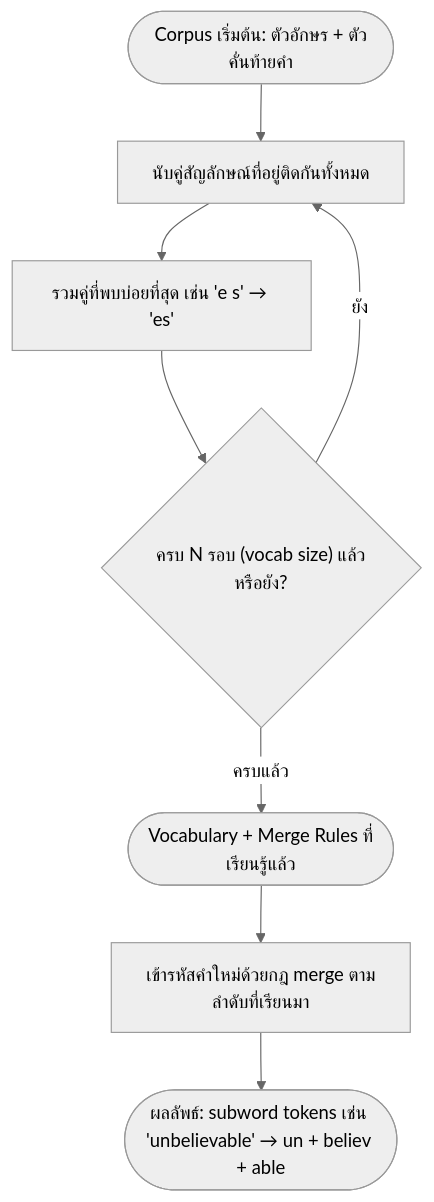
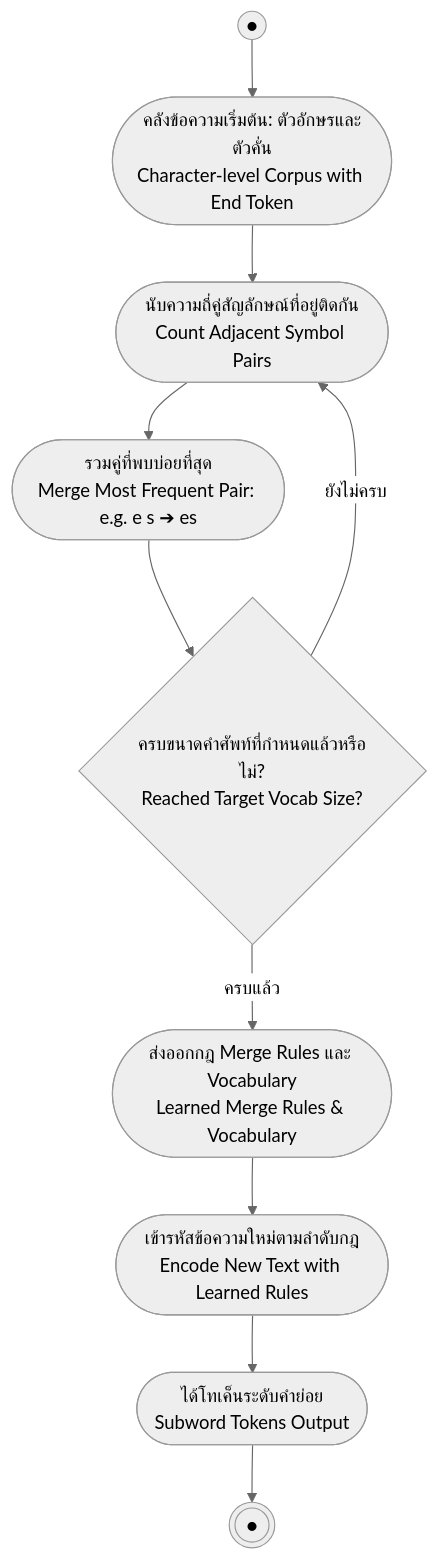
One commit to PhuriphatTyPeZ3r0/Course-1323404-Natural-Language-Processing-2026 changed the diagram in 01_Lectures/Week1/Tokenization.md. Above: the diagram before and after it, drawn with Mermaid (neutral theme). The commit also changed 14 other files, not shown here.

Commit message:
refactor: standardize diagrams to UML specifications across notes and templates

````diff
--- a/01_Lectures/Week1/Tokenization.md
+++ b/01_Lectures/Week1/Tokenization.md
@@ -117,10 +117,12 @@
 ```mermaid
 flowchart TD
-    Start(["Corpus เริ่มต้น: ตัวอักษร + ตัวคั่นท้ายคำ"]) --> Count["นับคู่สัญลักษณ์ที่อยู่ติดกันทั้งหมด"]
-    Count --> Merge["รวมคู่ที่พบบ่อยที่สุด เช่น 'e s' → 'es'"]
-    Merge --> Repeat{"ครบ N รอบ (vocab size) แล้วหรือยัง?"}
-    Repeat -->|"ยัง"| Count
-    Repeat -->|"ครบแล้ว"| Vocab(["Vocabulary + Merge Rules ที่เรียนรู้แล้ว"])
-    Vocab --> Encode["เข้ารหัสคำใหม่ด้วยกฎ merge ตามลำดับที่เรียนมา"]
-    Encode --> Result(["ผลลัพธ์: subword tokens เช่น 'unbelievable' → un + believ + able"])
+    Start((●)) --> InitCorpus([คลังข้อความเริ่มต้น: ตัวอักษรและตัวคั่น<br>Character-level Corpus with End Token])
+    InitCorpus --> Count([นับความถี่คู่สัญลักษณ์ที่อยู่ติดกัน<br>Count Adjacent Symbol Pairs])
+    Count --> Merge([รวมคู่ที่พบบ่อยที่สุด<br>Merge Most Frequent Pair: e.g. e s ➔ es])
+    Merge --> Repeat{ครบขนาดคำศัพท์ที่กำหนดแล้วหรือไม่?<br>Reached Target Vocab Size?}
+    Repeat -- ยังไม่ครบ --> Count
+    Repeat -- ครบแล้ว --> Vocab([ส่งออกกฎ Merge Rules และ Vocabulary<br>Learned Merge Rules & Vocabulary])
+    Vocab --> Encode([เข้ารหัสข้อความใหม่ตามลำดับกฎ<br>Encode New Text with Learned Rules])
+    Encode --> Result([ได้โทเค็นระดับคำย่อย<br>Subword Tokens Output])
+    Result --> EndNode(((●)))
 ```
````
